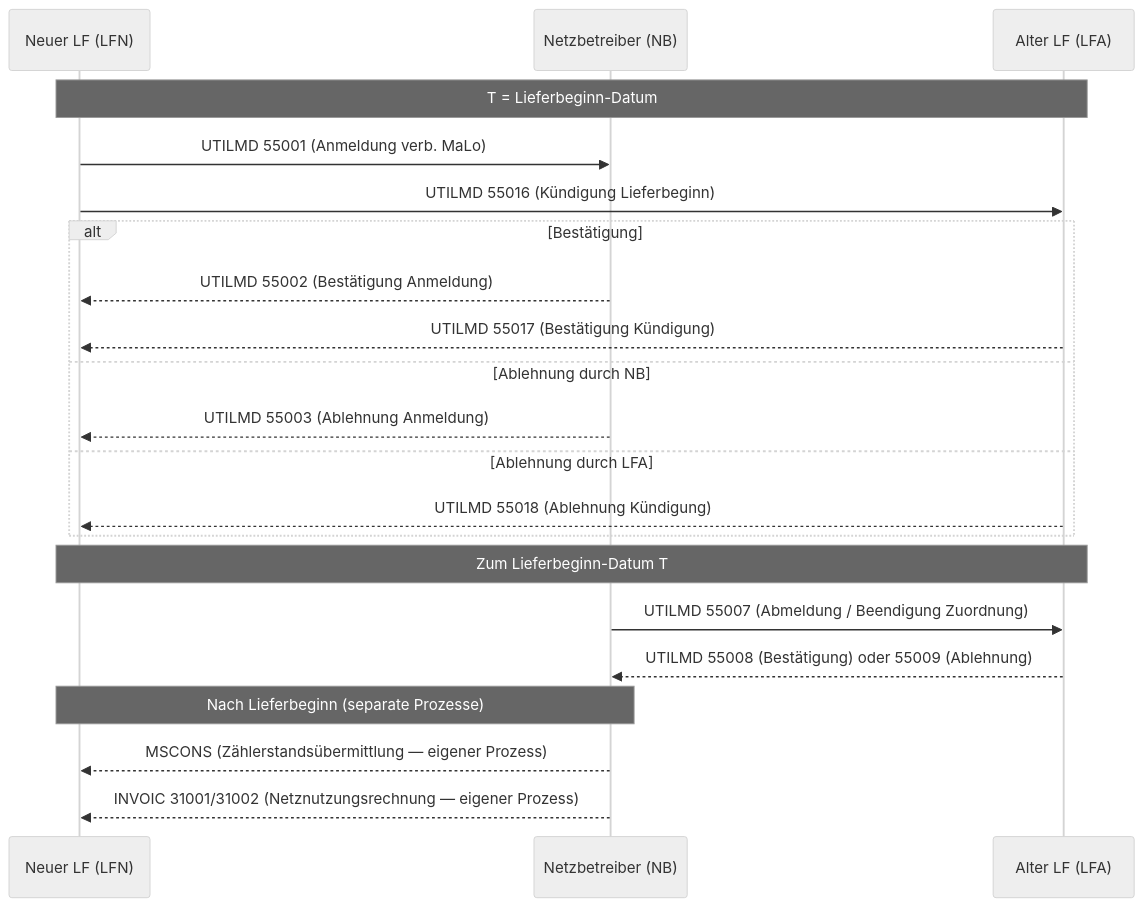
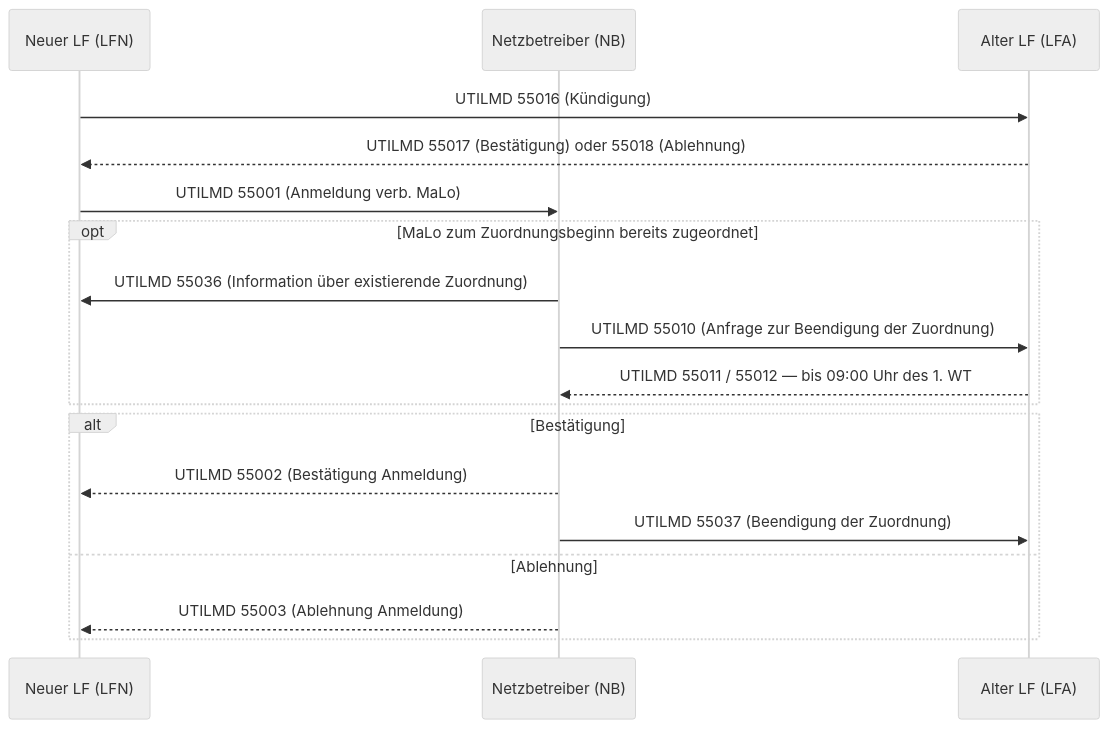
One commit to hupe1980/mako changed the first of 8 diagrams in site/content/docs/reference/processes.md. Above: the diagram before and after it, drawn with Mermaid (neutral theme). The commit also changed other lines of this file and 1091 other files, not shown here.

````diff
--- a/site/content/docs/reference/processes.md
+++ b/site/content/docs/reference/processes.md
@@ -334,27 +278,22 @@
 ```mermaid
 sequenceDiagram
     participant LFN as Neuer LF (LFN)
     participant NB  as Netzbetreiber (NB)
     participant LFA as Alter LF (LFA)
 
-    Note over LFN,LFA: T = Lieferbeginn-Datum
+    LFN->>LFA: UTILMD 55016 (Kündigung)
+    LFA-->>LFN: UTILMD 55017 (Bestätigung) oder 55018 (Ablehnung)
+
     LFN->>NB:  UTILMD 55001 (Anmeldung verb. MaLo)
-    LFN->>LFA: UTILMD 55016 (Kündigung Lieferbeginn)
-
+    opt MaLo zum Zuordnungsbeginn bereits zugeordnet
+        NB->>LFN:  UTILMD 55036 (Information über existierende Zuordnung)
+        NB->>LFA:  UTILMD 55010 (Anfrage zur Beendigung der Zuordnung)
+        LFA-->>NB: UTILMD 55011 / 55012 — bis 09:00 Uhr des 1. WT
+    end
     alt Bestätigung
-        NB-->>LFN:  UTILMD 55002 (Bestätigung Anmeldung)
-        LFA-->>LFN: UTILMD 55017 (Bestätigung Kündigung)
-    else Ablehnung durch NB
-        NB-->>LFN:  UTILMD 55003 (Ablehnung Anmeldung)
-    else Ablehnung durch LFA
-        LFA-->>LFN: UTILMD 55018 (Ablehnung Kündigung)
+        NB-->>LFN: UTILMD 55002 (Bestätigung Anmeldung)
+        NB->>LFA:  UTILMD 55037 (Beendigung der Zuordnung)
+    else Ablehnung
+        NB-->>LFN: UTILMD 55003 (Ablehnung Anmeldung)
     end
-
-    Note over LFN,LFA: Zum Lieferbeginn-Datum T
-    NB->>LFA: UTILMD 55007 (Abmeldung / Beendigung Zuordnung)
-    LFA-->>NB: UTILMD 55008 (Bestätigung) oder 55009 (Ablehnung)
-
-    Note over LFN,NB: Nach Lieferbeginn (separate Prozesse)
-    NB-->>LFN: MSCONS (Zählerstandsübermittlung — eigener Prozess)
-    NB-->>LFN: INVOIC 31001/31002 (Netznutzungsrechnung — eigener Prozess)
 ```
````
